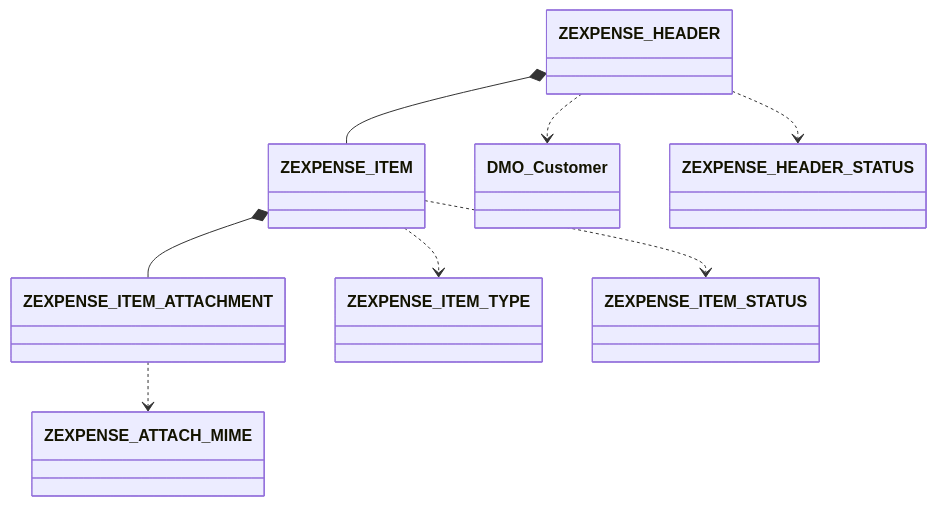
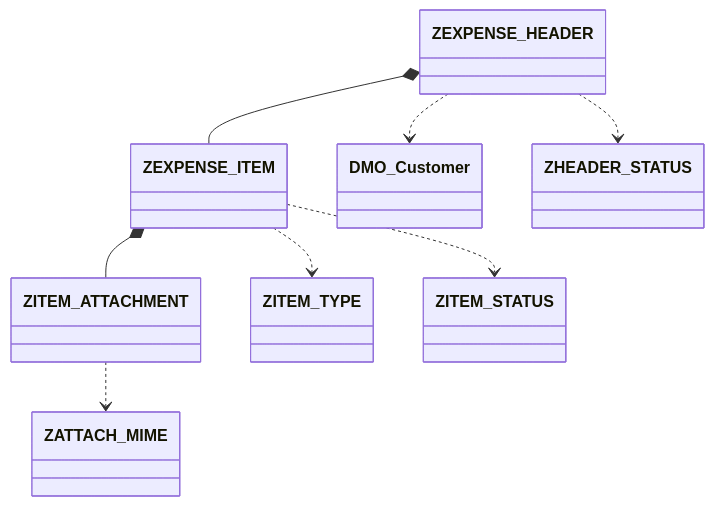
The diagram in BTP ejercicios/14. EXPENSE APP/README.md (robergit88/RAP), drawn with Mermaid before and after one commit. The commit also changed other lines of this file, not shown here.

````diff
--- a/BTP ejercicios/14. EXPENSE APP/README.md
+++ b/BTP ejercicios/14. EXPENSE APP/README.md
@@ -31,11 +47,11 @@
 ```mermaid
 classDiagram
     ZEXPENSE_HEADER *-- ZEXPENSE_ITEM
-    ZEXPENSE_ITEM *-- ZEXPENSE_ITEM_ATTACHMENT
+    ZEXPENSE_ITEM *-- ZITEM_ATTACHMENT
 
     ZEXPENSE_HEADER ..> DMO_Customer
-    ZEXPENSE_HEADER ..> ZEXPENSE_HEADER_STATUS
-    ZEXPENSE_ITEM ..> ZEXPENSE_ITEM_TYPE
-    ZEXPENSE_ITEM ..> ZEXPENSE_ITEM_STATUS
-    ZEXPENSE_ITEM_ATTACHMENT ..> ZEXPENSE_ATTACH_MIME
+    ZEXPENSE_HEADER ..> ZHEADER_STATUS
+    ZEXPENSE_ITEM ..> ZITEM_TYPE
+    ZEXPENSE_ITEM ..> ZITEM_STATUS
+    ZITEM_ATTACHMENT ..> ZATTACH_MIME
 ```
````
